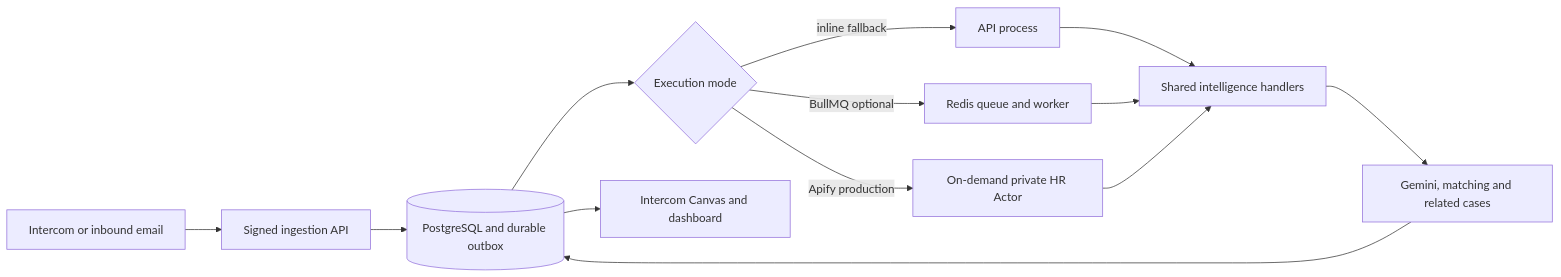
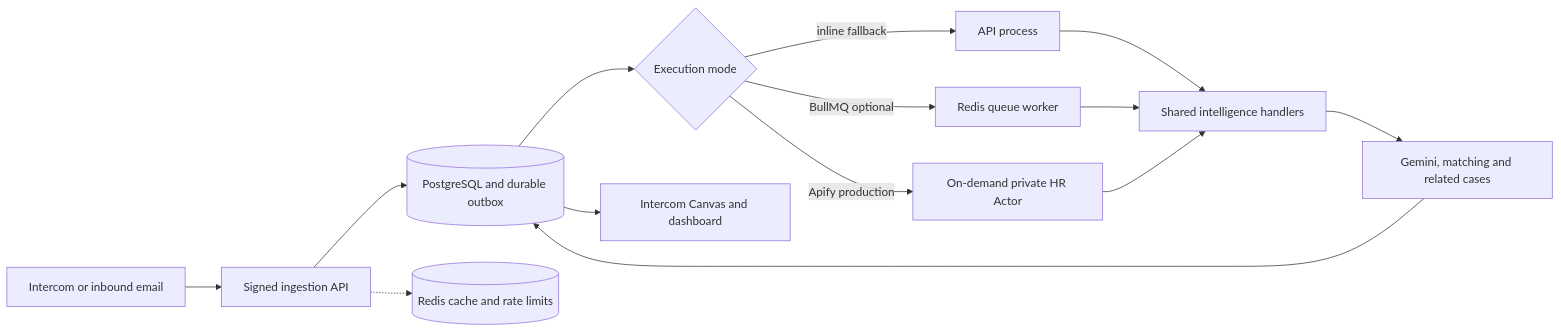
Before and after one commit to Zebishah/CaseLens: the diagram in README.md, drawn with Mermaid. The commit also changed other lines of this file and 37 other files, not shown here.

````diff
--- a/README.md
+++ b/README.md
@@ -30,15 +30,16 @@
 ```mermaid
 flowchart LR
   A[Intercom or inbound email] --> B[Signed ingestion API]
   B --> C[(PostgreSQL and durable outbox)]
+  B -.-> R[(Redis cache and rate limits)]
   C --> D{Execution mode}
   D -->|inline fallback| E[API process]
-  D -->|BullMQ optional| F[Redis queue and worker]
+  D -->|BullMQ optional| F[Redis queue worker]
   D -->|Apify production| G[On-demand private HR Actor]
   E --> H[Shared intelligence handlers]
   F --> H
   G --> H
   H --> I[Gemini, matching and related cases]
   I --> C
   C --> J[Intercom Canvas and dashboard]
 ```
````
